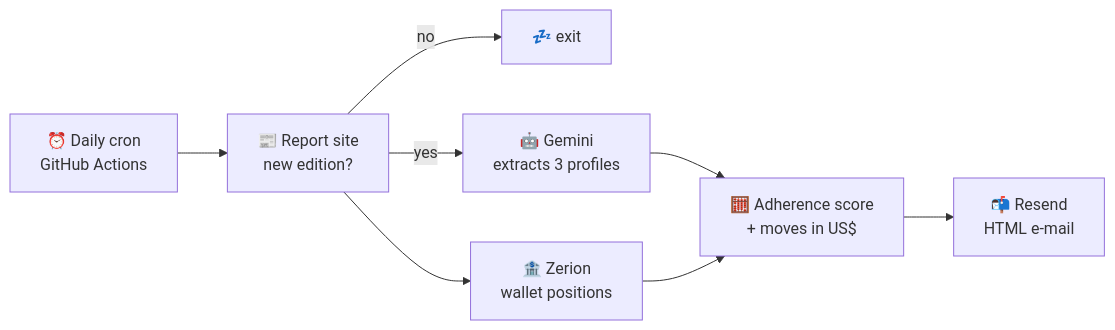
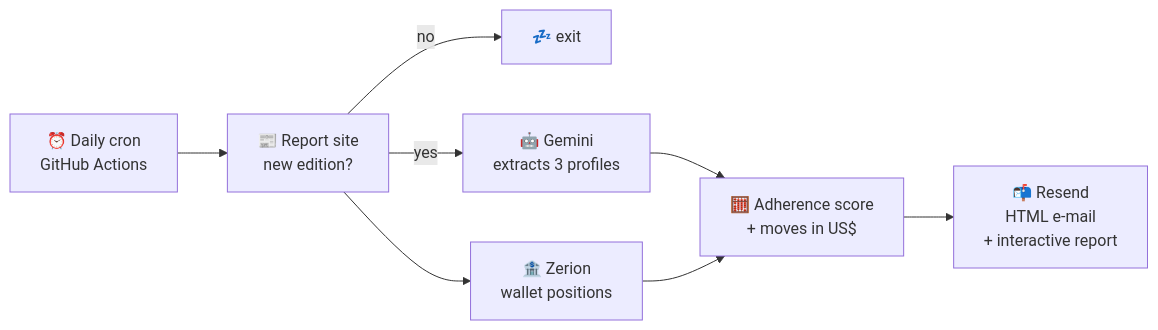
Before and after one commit to vinimcorrea/crypto-report-digest: the diagram in README.md, drawn with Mermaid. The commit also changed other lines of this file and 8 other files, not shown here.

Commit message:
feat: interactive HTML report attachment and e-mail header

````diff
--- a/README.md
+++ b/README.md
@@ -76,10 +82,10 @@
 ```mermaid
 flowchart LR
     A[⏰ Daily cron<br>GitHub Actions] --> B[📰 Report site<br>new edition?]
     B -- no --> Z[💤 exit]
     B -- yes --> C[🤖 Gemini<br>extracts 3 profiles]
     B --> D[🏦 Zerion<br>wallet positions]
     C --> E[🧮 Adherence score<br>+ moves in US$]
     D --> E
-    E --> F[📬 Resend<br>HTML e-mail]
+    E --> F[📬 Resend<br>HTML e-mail<br>+ interactive report]
 ```
````
